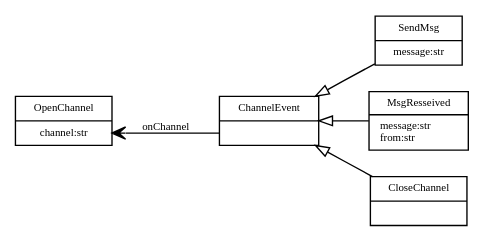
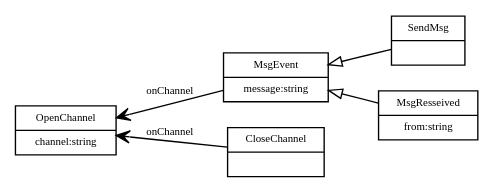
One commit to ktbs/ktbs changed the second of 2 diagrams in doc/source/tutorials/model-rest-turtle.rst. Above: the diagram before and after it, drawn with Graphviz. The commit also changed other lines of this file, not shown here.

```diff
--- a/doc/source/tutorials/model-rest-turtle.rst
+++ b/doc/source/tutorials/model-rest-turtle.rst
@@ -232,19 +278,19 @@
 .. graphviz::
 
    digraph {
      rankdir = RL
      node [ shape = "record", fontsize = 8 ]
-     edge [ fontsize = 8 , arrowhead = "open" ]
+     edge [ fontsize = 8 , arrowhead = "open", spines = false ]
 
-     OpenChannel [ label = "OpenChannel|<at>channel:str" ]
-     ChannelEvent [ label = "ChannelEvent|<at>" ]
-     SendMsg [ label = "SendMsg|message:str" ]
-     MsgReceived [ label = "MsgResseived|message:str\lfrom:str\l" ]
+     OpenChannel [ label = "OpenChannel|channel:string" ]
+     MsgEvent [ label = "MsgEvent|message:string" ]
+     SendMsg [ label = "SendMsg|" ]
+     MsgReceived [ label = "MsgResseived|from:string" ]
      CloseChannel [ label = "CloseChannel|" ]
     
-     ChannelEvent:at -> OpenChannel:at [ label = "onChannel" ]
-     SendMsg -> ChannelEvent [ arrowhead = "empty" ]
-     MsgReceived -> ChannelEvent [ arrowhead = "empty" ]
-     CloseChannel -> ChannelEvent [ arrowhead = "empty" ]
+     MsgEvent -> OpenChannel [ label = "onChannel" ]
+     CloseChannel -> OpenChannel [ label = "onChannel" ]
+     SendMsg -> MsgEvent [ arrowhead = "empty" ]
+     MsgReceived -> MsgEvent [ arrowhead = "empty" ]
      
    }
```
